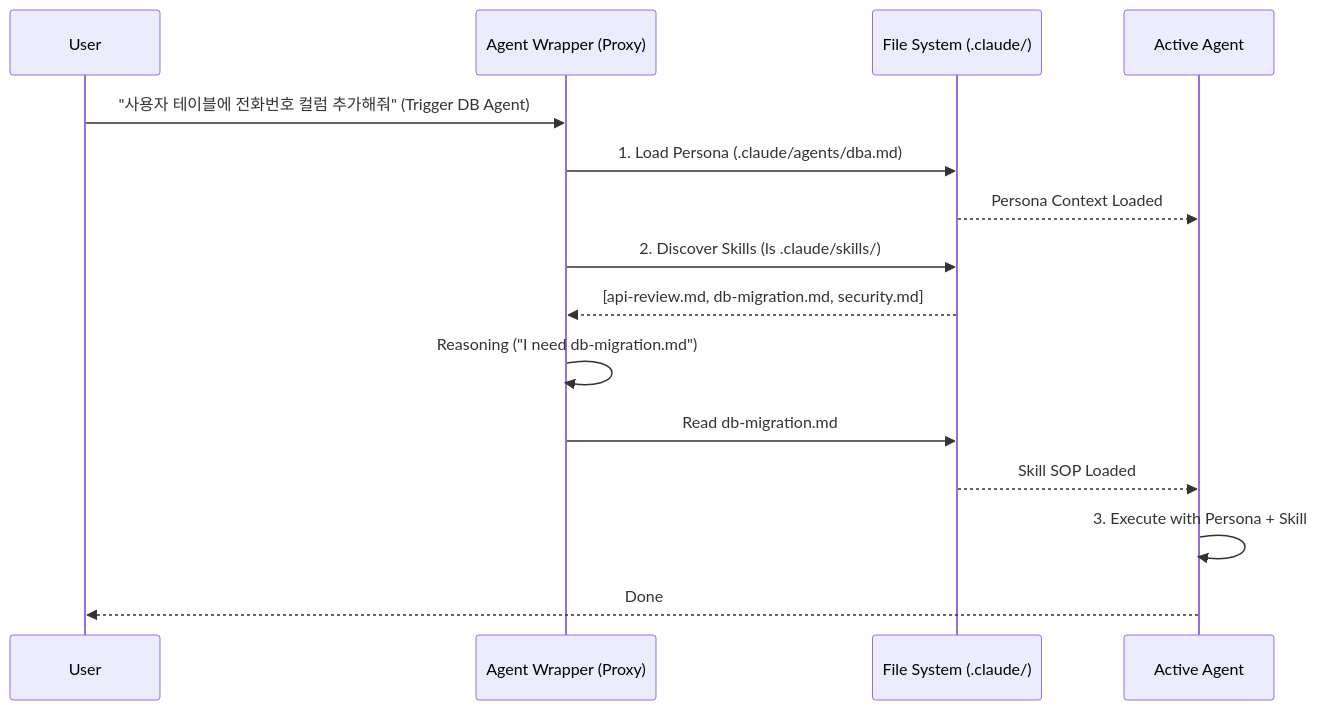
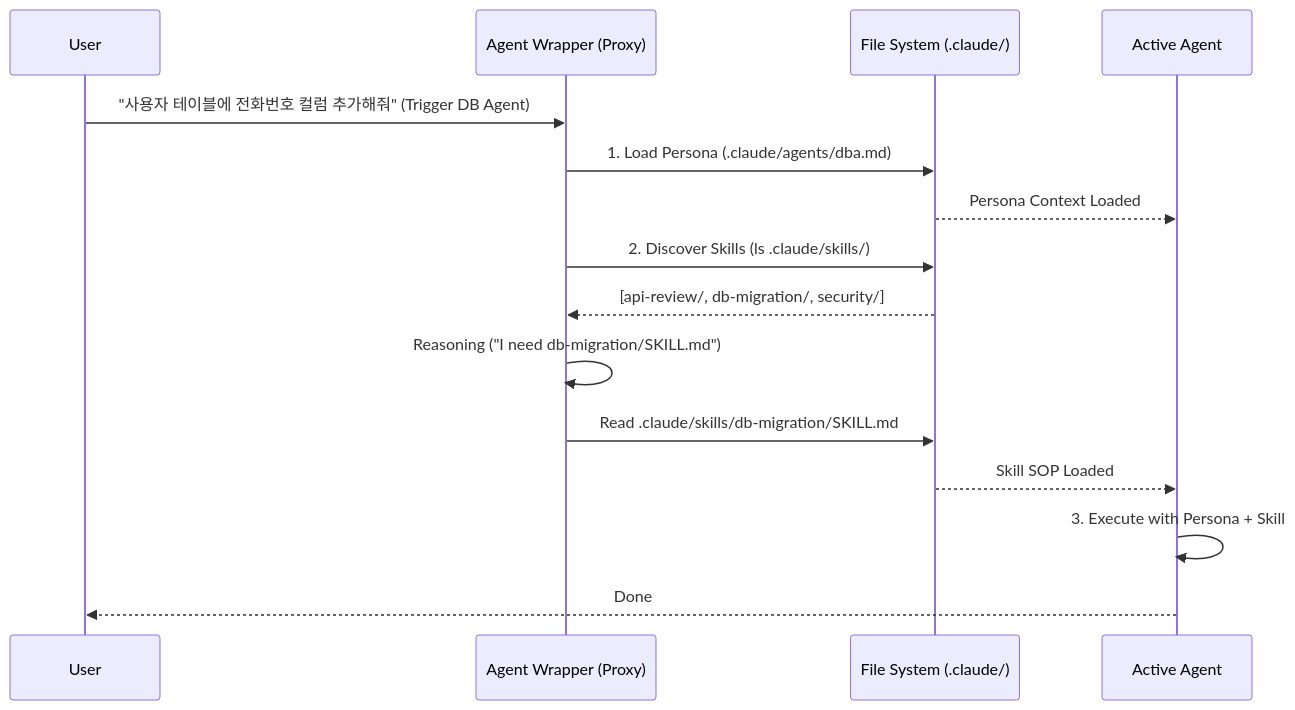
The diagram in 20_Learning/10_Topics/Tech_Stack/AI_Dev_Tools/Antigravity/00_Antigravity_Universal_Proxy_Guide.md (lastdays03/obsidian-vault), drawn with Mermaid before and after one commit. The commit also changed other lines of this file and 3 other files, not shown here.

````diff
--- a/20_Learning/10_Topics/Tech_Stack/AI_Dev_Tools/Antigravity/00_Antigravity_Universal_Proxy_Guide.md
+++ b/20_Learning/10_Topics/Tech_Stack/AI_Dev_Tools/Antigravity/00_Antigravity_Universal_Proxy_Guide.md
@@ -130,21 +143,21 @@
 ```mermaid
 sequenceDiagram
     participant User
     participant Wrapper as Agent Wrapper (Proxy)
     participant FS as File System (.claude/)
     participant Agent as Active Agent
 
     User->>Wrapper: "사용자 테이블에 전화번호 컬럼 추가해줘" (Trigger DB Agent)
     Wrapper->>FS: 1. Load Persona (.claude/agents/dba.md)
     FS-->>Agent: Persona Context Loaded
     
     Wrapper->>FS: 2. Discover Skills (ls .claude/skills/)
-    FS-->>Wrapper: [api-review.md, db-migration.md, security.md]
+    FS-->>Wrapper: [api-review/, db-migration/, security/]
     
-    Wrapper->>Wrapper: Reasoning ("I need db-migration.md")
-    Wrapper->>FS: Read db-migration.md
+    Wrapper->>Wrapper: Reasoning ("I need db-migration/SKILL.md")
+    Wrapper->>FS: Read .claude/skills/db-migration/SKILL.md
     FS-->>Agent: Skill SOP Loaded
     
     Agent->>Agent: 3. Execute with Persona + Skill
     Agent-->>User: Done
 ```
````
